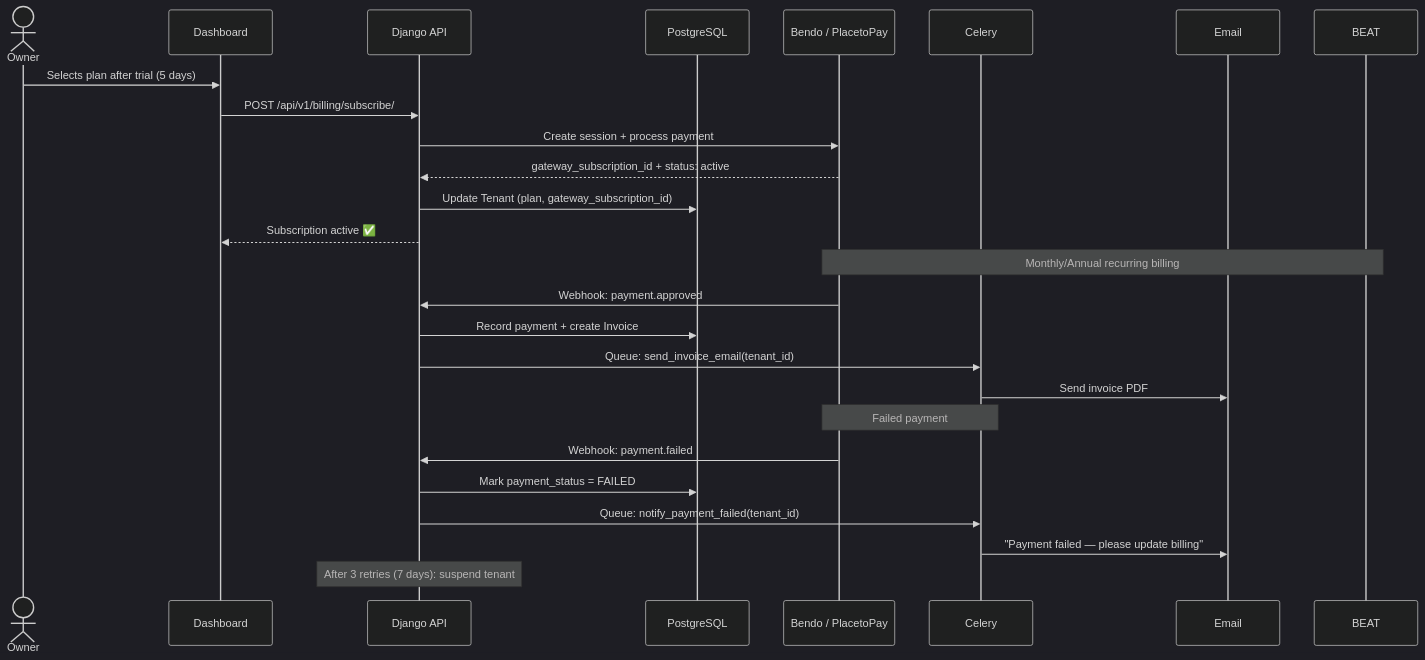
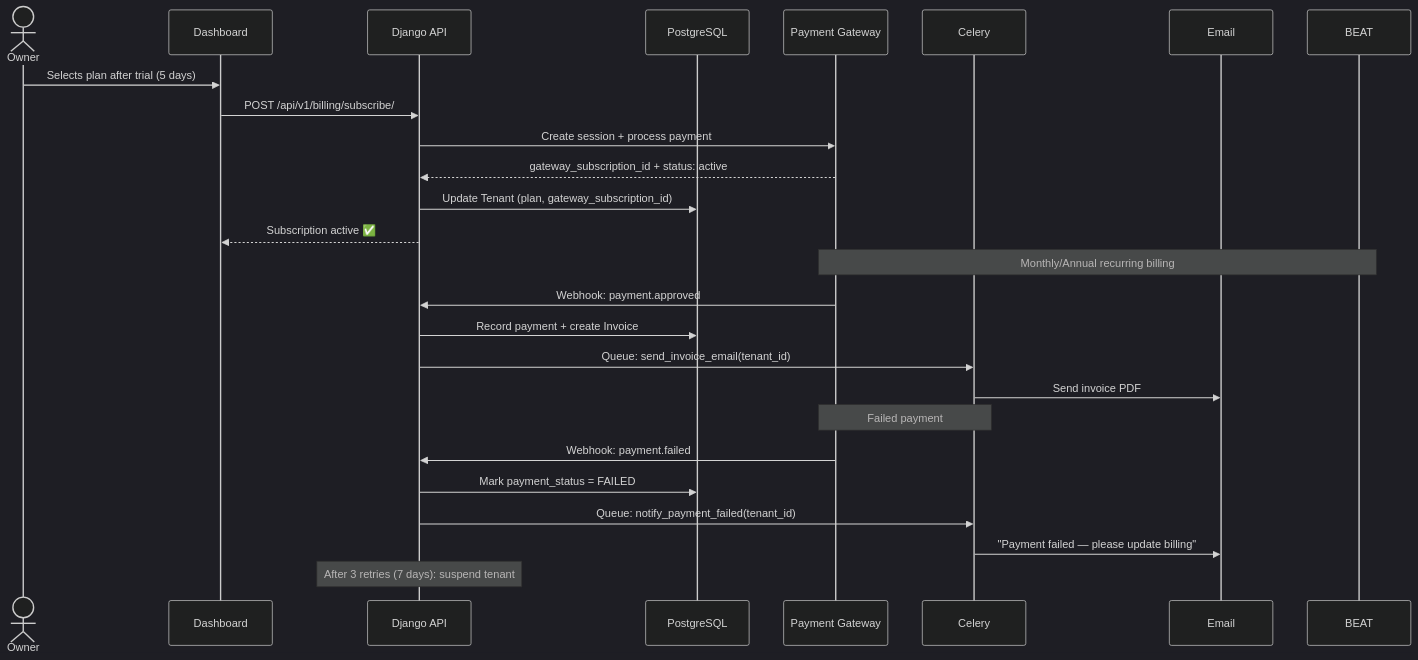
One commit to somatechlat/loyallia changed the seventh of 12 diagrams in docs/ARCHITECTURE.md. Above: the diagram before and after it, drawn with Mermaid (dark theme). The commit also changed other lines of this file and 118 other files, not shown here.

````diff
--- a/docs/ARCHITECTURE.md
+++ b/docs/ARCHITECTURE.md
@@ -317,30 +317,30 @@
 ```mermaid
 sequenceDiagram
     actor Owner
     participant DASH as Dashboard
     participant API as Django API
     participant DB as PostgreSQL
-    participant GWY as Bendo / PlacetoPay
+    participant GWY as Payment Gateway
     participant CEL as Celery
     participant SMTP as Email
 
     Owner->>DASH: Selects plan after trial (5 days)
     DASH->>API: POST /api/v1/billing/subscribe/
     API->>GWY: Create session + process payment
     GWY-->>API: gateway_subscription_id + status: active
     API->>DB: Update Tenant (plan, gateway_subscription_id)
     API-->>DASH: Subscription active ✅
 
     Note over BEAT,GWY: Monthly/Annual recurring billing
     GWY->>API: Webhook: payment.approved
     API->>DB: Record payment + create Invoice
     API->>CEL: Queue: send_invoice_email(tenant_id)
     CEL->>SMTP: Send invoice PDF
 
     Note over GWY,CEL: Failed payment
     GWY->>API: Webhook: payment.failed
     API->>DB: Mark payment_status = FAILED
     API->>CEL: Queue: notify_payment_failed(tenant_id)
     CEL->>SMTP: "Payment failed — please update billing"
     Note over API: After 3 retries (7 days): suspend tenant
 ```
````
